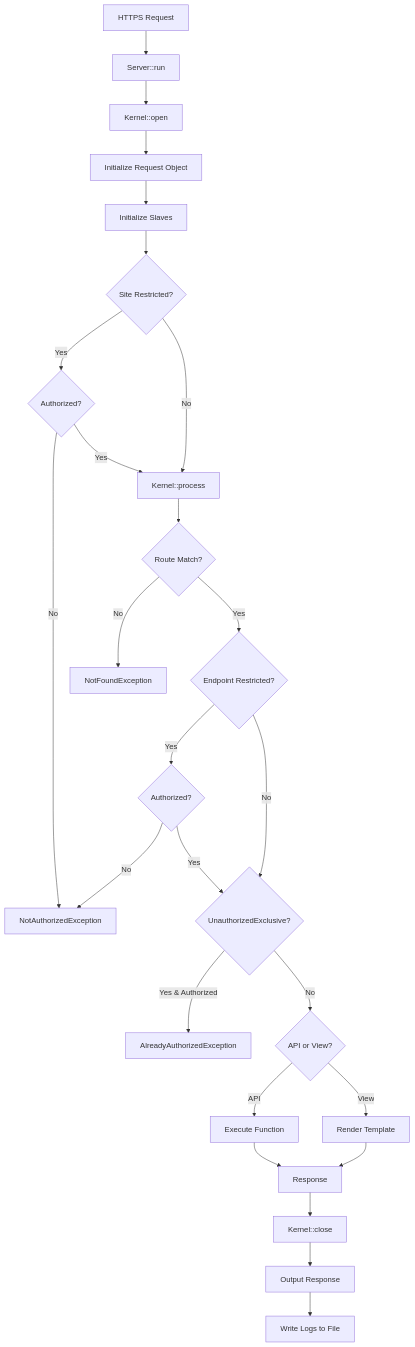
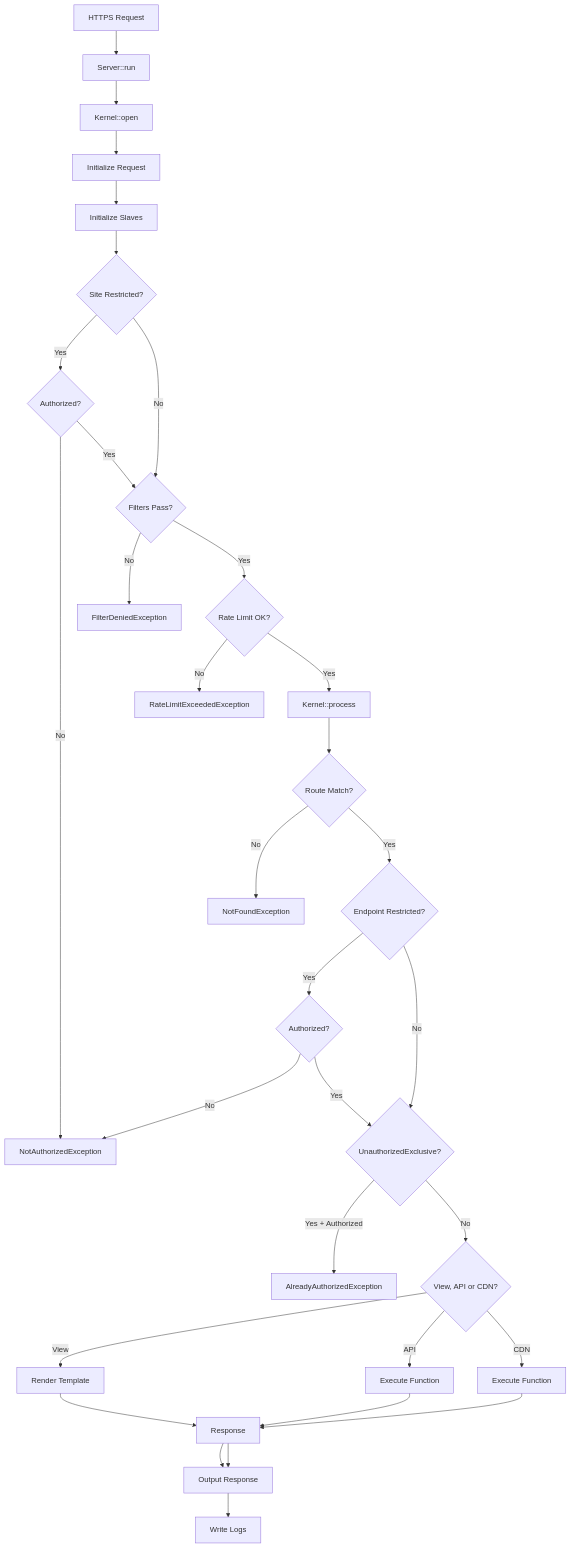
One commit to arkhyst/fast-raven-skeleton changed the diagram in docs/FRAMEWORK.md. Above: the diagram before and after it, drawn with Mermaid. The commit also changed other lines of this file, not shown here.

````diff
--- a/docs/FRAMEWORK.md
+++ b/docs/FRAMEWORK.md
@@ -25,28 +27,34 @@
 ```mermaid
 graph TD
     A[HTTPS Request] --> B[Server::run]
     B --> C[Kernel::open]
-    C --> D[Initialize Request Object]
+    C --> D[Initialize Request]
     D --> E[Initialize Slaves]
     E --> F{Site Restricted?}
     F -->|Yes| G{Authorized?}
     G -->|No| H[NotAuthorizedException]
-    F -->|No| I[Kernel::process]
+    F -->|No| I{Filters Pass?}
     G -->|Yes| I
-    I --> J{Route Match?}
-    J -->|No| K[NotFoundException]
-    J -->|Yes| L{Endpoint Restricted?}
-    L -->|Yes| M{Authorized?}
-    M -->|No| H
-    M -->|Yes| N{UnauthorizedExclusive?}
-    L -->|No| N
-    N -->|Yes & Authorized| O[AlreadyAuthorizedException]
-    N -->|No| P{API or View?}
-    P -->|API| Q[Execute Function]
-    P -->|View| R[Render Template]
-    Q --> S[Response]
-    R --> S
-    S --> T[Kernel::close]
-    T --> U[Output Response]
-    U --> V[Write Logs to File]
+    I -->|No| J[FilterDeniedException]
+    I -->|Yes| K{Rate Limit OK?}
+    K -->|No| L[RateLimitExceededException]
+    K -->|Yes| M[Kernel::process]
+    M --> N{Route Match?}
+    N -->|No| O[NotFoundException]
+    N -->|Yes| P{Endpoint Restricted?}
+    P -->|Yes| Q{Authorized?}
+    Q -->|No| H
+    P -->|No| R{UnauthorizedExclusive?}
+    Q -->|Yes| R
+    R -->|Yes + Authorized| S[AlreadyAuthorizedException]
+    R -->|No| T{View, API or CDN?}
+    T -->|View| U[Render Template]
+    T -->|API| V[Execute Function]
+    T -->|CDN| W[Execute Function]
+    U --> X[Response]
+    V --> X
+    W --> X
+    X --> Y[Kernel::close]
+    X --> Y[Output Response]
+    Y --> Z[Write Logs]
 ```
````
